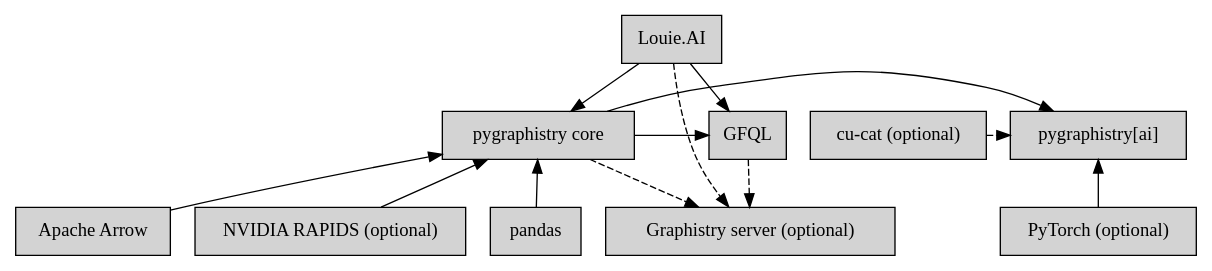
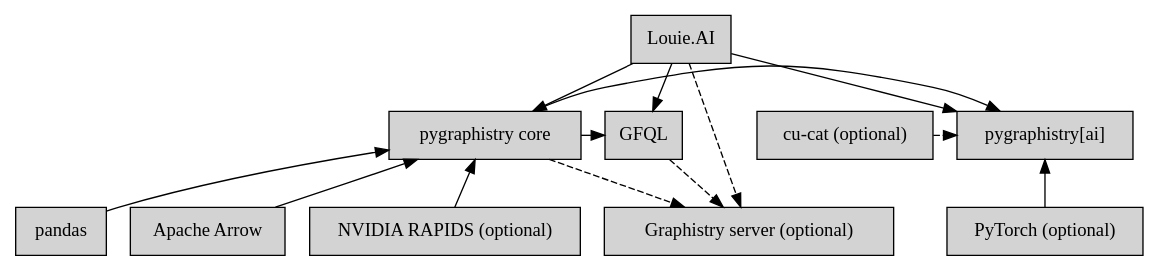
Before and after one commit to graphistry/pygraphistry: the diagram in docs/source/ecosystem.rst, drawn with Graphviz.

Commit message:
docs: link Louie to pygraphistry[ai]

```diff
--- a/docs/source/ecosystem.rst
+++ b/docs/source/ecosystem.rst
@@ -6,39 +6,40 @@
 .. graphviz::
 
    digraph graphistry_ecosystem_toy {
        rankdir=TB;
        node [shape=box, style=filled, fillcolor=lightgray];
 
        core [label="pygraphistry core"];
        gfql [label="GFQL"];
        ai [label="pygraphistry[ai]"];
        cucat [label="cu-cat (optional)"];
        louie [label="Louie.AI"];
 
        pandas [label="pandas"];
        arrow [label="Apache Arrow"];
        server [label="Graphistry server (optional)"];
        rapids [label="NVIDIA RAPIDS (optional)"];
        pytorch [label="PyTorch (optional)"];
 
        {rank=same; pandas; arrow; server; rapids; pytorch;}
        {rank=same; gfql; core; ai; cucat;}
        {rank=min; louie;}
 
        pandas -> core;
        arrow -> core;
        rapids -> core;
        pytorch -> ai;
 
        core -> gfql;
        core -> ai;
 
        cucat -> ai [style=dashed];
 
        louie -> core;
+       louie -> ai;
        louie -> gfql;
        louie -> server [style=dashed];
 
        core -> server [style=dashed];
        gfql -> server [style=dashed];
    }
```
